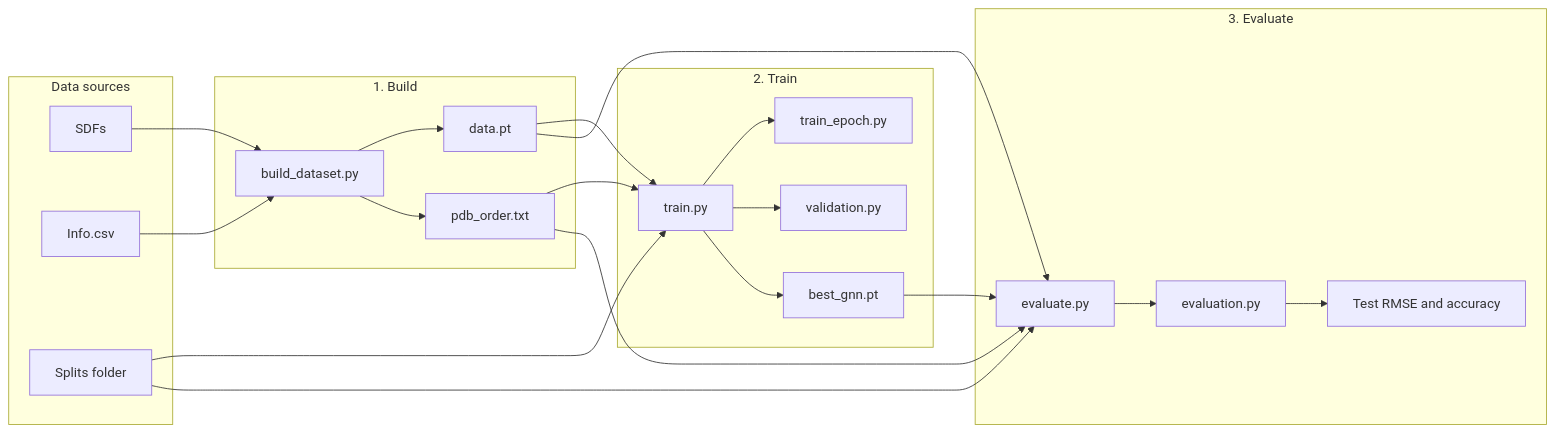
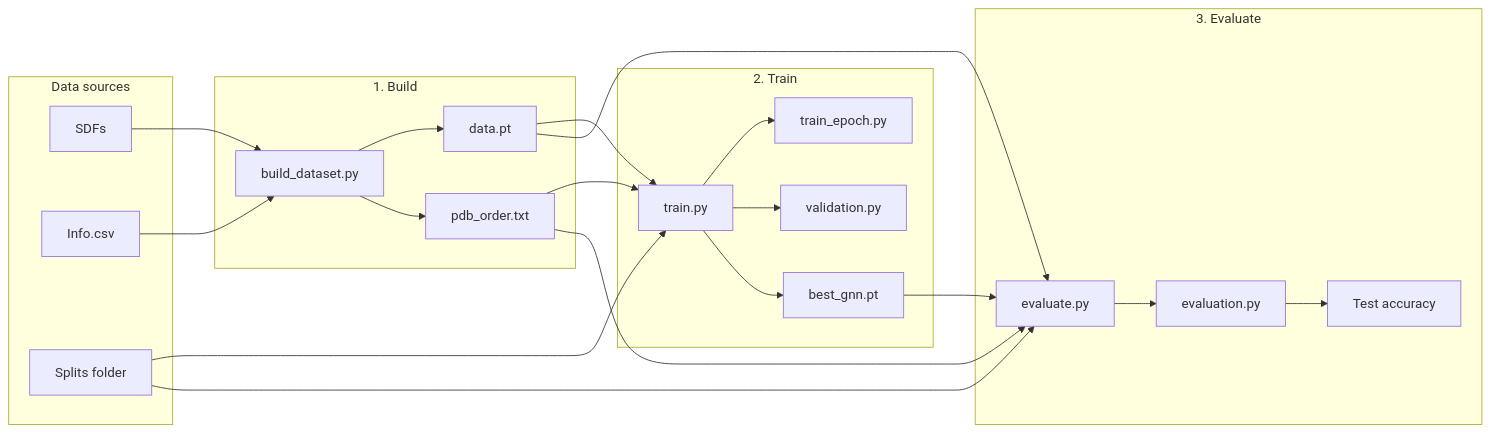
Before and after one commit to mananoreboton/gnn_gine_mprov3: the first of 2 diagrams in README.md, drawn with Mermaid. The commit also changed other lines of this file and 8 other files, not shown here.

````diff
--- a/README.md
+++ b/README.md
@@ -7,46 +7,46 @@
 ```mermaid
 flowchart LR
     subgraph sources [Data sources]
         SDF[SDFs]
         Info[Info.csv]
         Splits[Splits folder]
     end
 
     subgraph build [1. Build]
         BuildCLI[build_dataset.py]
         DataPT[data.pt]
         PdbOrder[pdb_order.txt]
     end
 
     subgraph train_flow [2. Train]
         TrainCLI[train.py]
         TrainEpoch[train_epoch.py]
         ValMod[validation.py]
         BestCkpt[best_gnn.pt]
     end
 
     subgraph eval_flow [3. Evaluate]
         EvalCLI[evaluate.py]
         EvalMod[evaluation.py]
-        Metrics[Test RMSE and accuracy]
+        Metrics[Test accuracy]
     end
 
     SDF --> BuildCLI
     Info --> BuildCLI
     BuildCLI --> DataPT
     BuildCLI --> PdbOrder
 
     DataPT --> TrainCLI
     PdbOrder --> TrainCLI
     Splits --> TrainCLI
     TrainCLI --> TrainEpoch
     TrainCLI --> ValMod
     TrainCLI --> BestCkpt
 
     DataPT --> EvalCLI
     PdbOrder --> EvalCLI
     Splits --> EvalCLI
     BestCkpt --> EvalCLI
     EvalCLI --> EvalMod
     EvalMod --> Metrics
 ```
````
